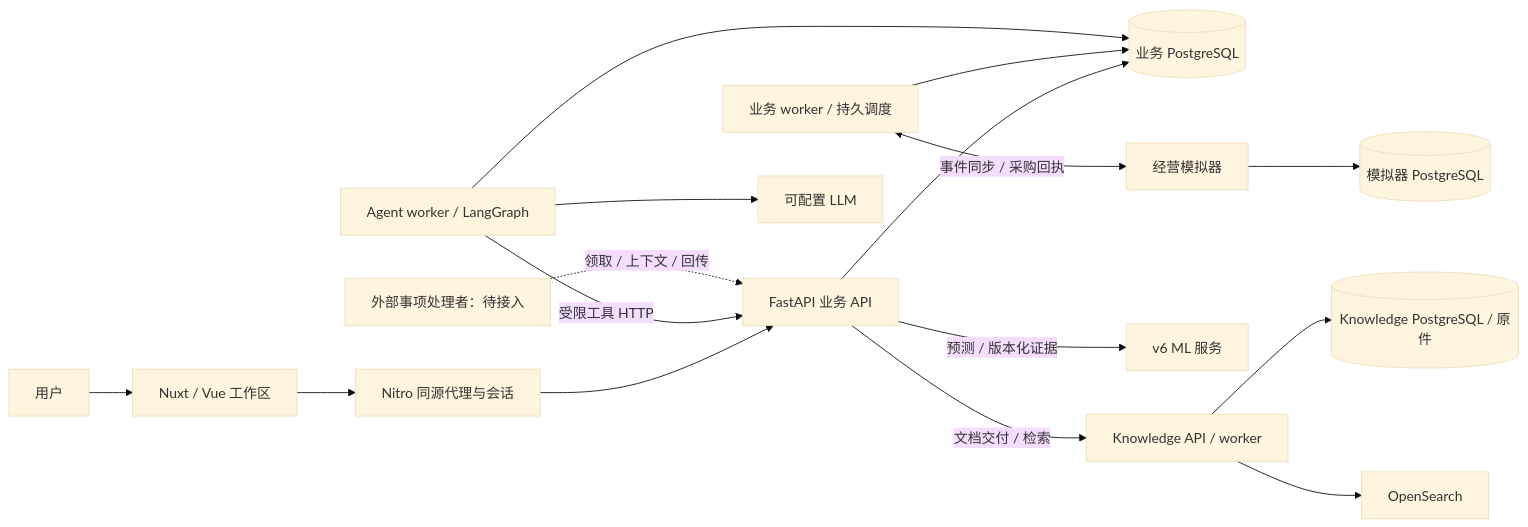
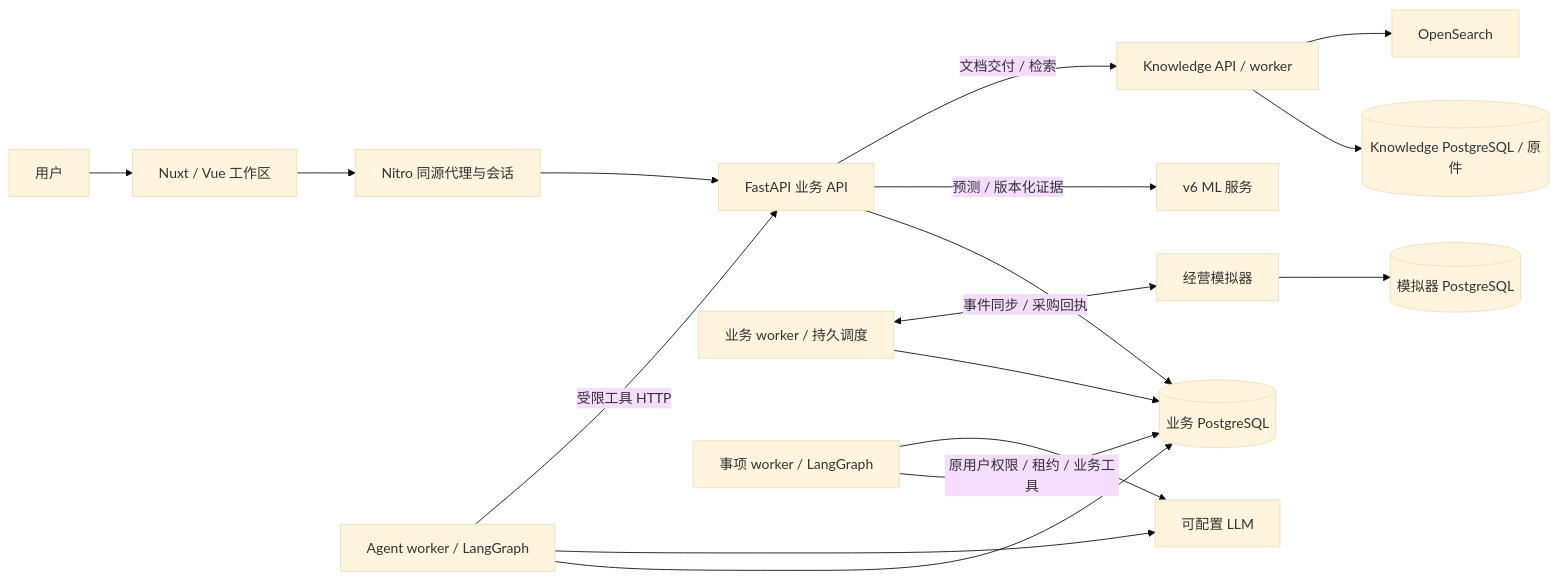
One commit to yhnapoleon/ShopSteward changed the diagram in README.md. Above: the diagram before and after it, drawn with Mermaid (base theme). The commit also changed other lines of this file and 49 other files, not shown here.

````diff
--- a/README.md
+++ b/README.md
@@ -27,18 +28,19 @@
 ```mermaid
 flowchart LR
     U[用户] --> F[Nuxt / Vue 工作区]
     F --> N[Nitro 同源代理与会话]
     N --> B[FastAPI 业务 API]
     B --> D[(业务 PostgreSQL)]
     W[业务 worker / 持久调度] --> D
     W <-->|事件同步 / 采购回执| S[经营模拟器]
     S --> SD[(模拟器 PostgreSQL)]
     A[Agent worker / LangGraph] --> D
     A --> L[可配置 LLM]
     A -->|受限工具 HTTP| B
     B -->|预测 / 版本化证据| M[v6 ML 服务]
     B -->|文档交付 / 检索| K[Knowledge API / worker]
     K --> KD[(Knowledge PostgreSQL / 原件)]
     K --> OS[OpenSearch]
-    X[外部事项处理者：待接入] -.->|领取 / 上下文 / 回传| B
+    X[事项 worker / LangGraph] -->|原用户权限 / 租约 / 业务工具| D
+    X --> L
 ```
````
